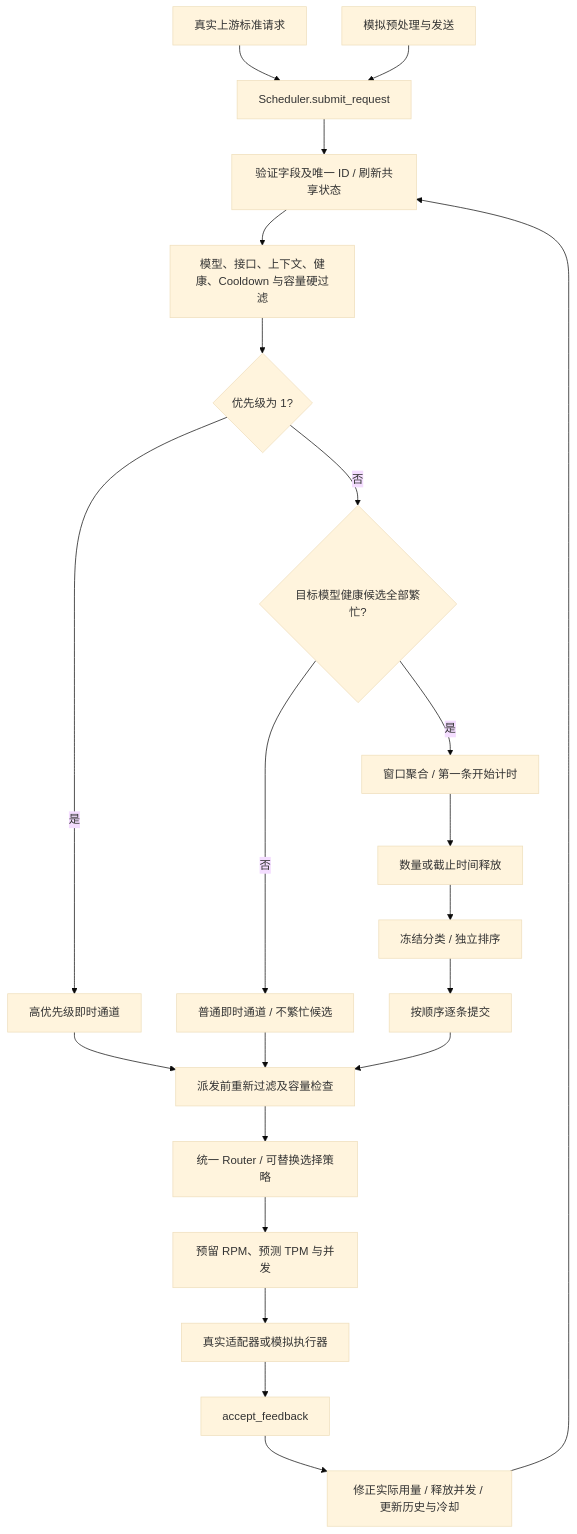
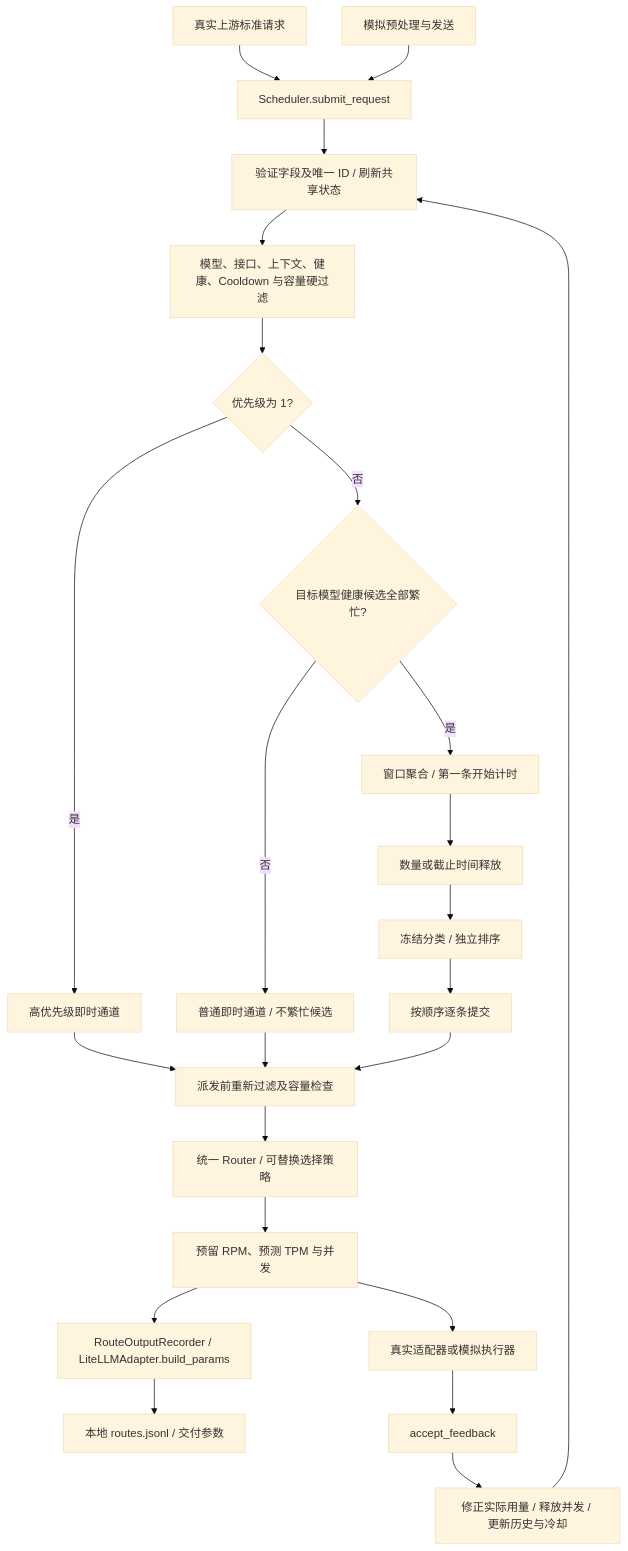
The diagram in docs/architecture.md (guyiscat/llm-gateway-scheduler), drawn with Mermaid (base theme) before and after one commit. The commit also changed other lines of this file and 31 other files, not shown here.

````diff
--- a/docs/architecture.md
+++ b/docs/architecture.md
@@ -30,24 +30,26 @@
 ```mermaid
 flowchart TD
   A[真实上游标准请求] --> C[Scheduler.submit_request]
   B[模拟预处理与发送] --> C
   C --> D[验证字段及唯一 ID / 刷新共享状态]
   D --> E[模型、接口、上下文、健康、Cooldown 与容量硬过滤]
   E --> F{优先级为 1?}
   F -->|是| G[高优先级即时通道]
   F -->|否| H{目标模型健康候选全部繁忙?}
   H -->|否| I[普通即时通道 / 不繁忙候选]
   H -->|是| J[窗口聚合 / 第一条开始计时]
   J --> K[数量或截止时间释放]
   K --> L[冻结分类 / 独立排序]
   L --> M[按顺序逐条提交]
   G --> N[派发前重新过滤及容量检查]
   I --> N
   M --> N
   N --> O[统一 Router / 可替换选择策略]
   O --> P[预留 RPM、预测 TPM 与并发]
   P --> Q[真实适配器或模拟执行器]
+  P --> T[RouteOutputRecorder / LiteLLMAdapter.build_params]
+  T --> U[本地 routes.jsonl / 交付参数]
   Q --> R[accept_feedback]
   R --> S[修正实际用量 / 释放并发 / 更新历史与冷却]
   S --> D
 ```
````
